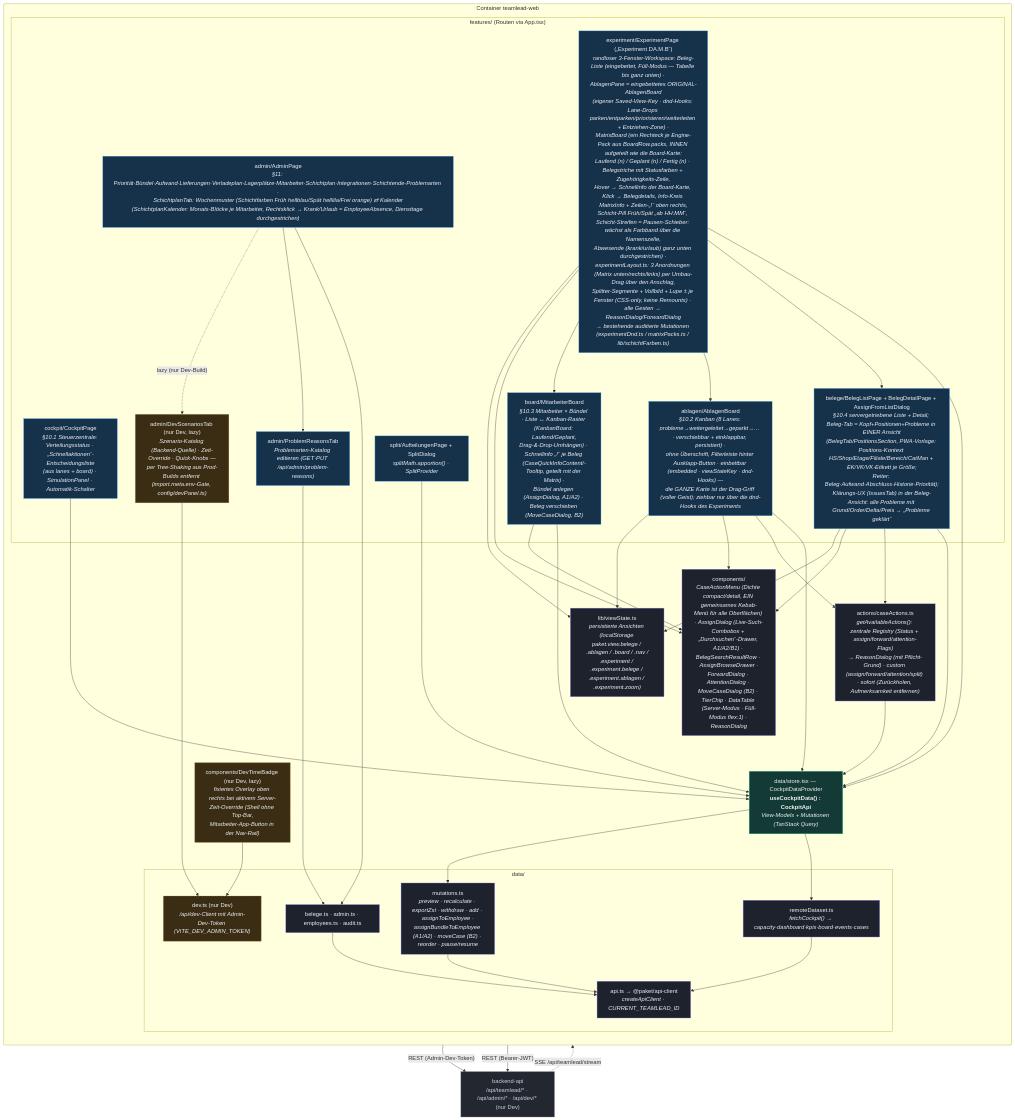
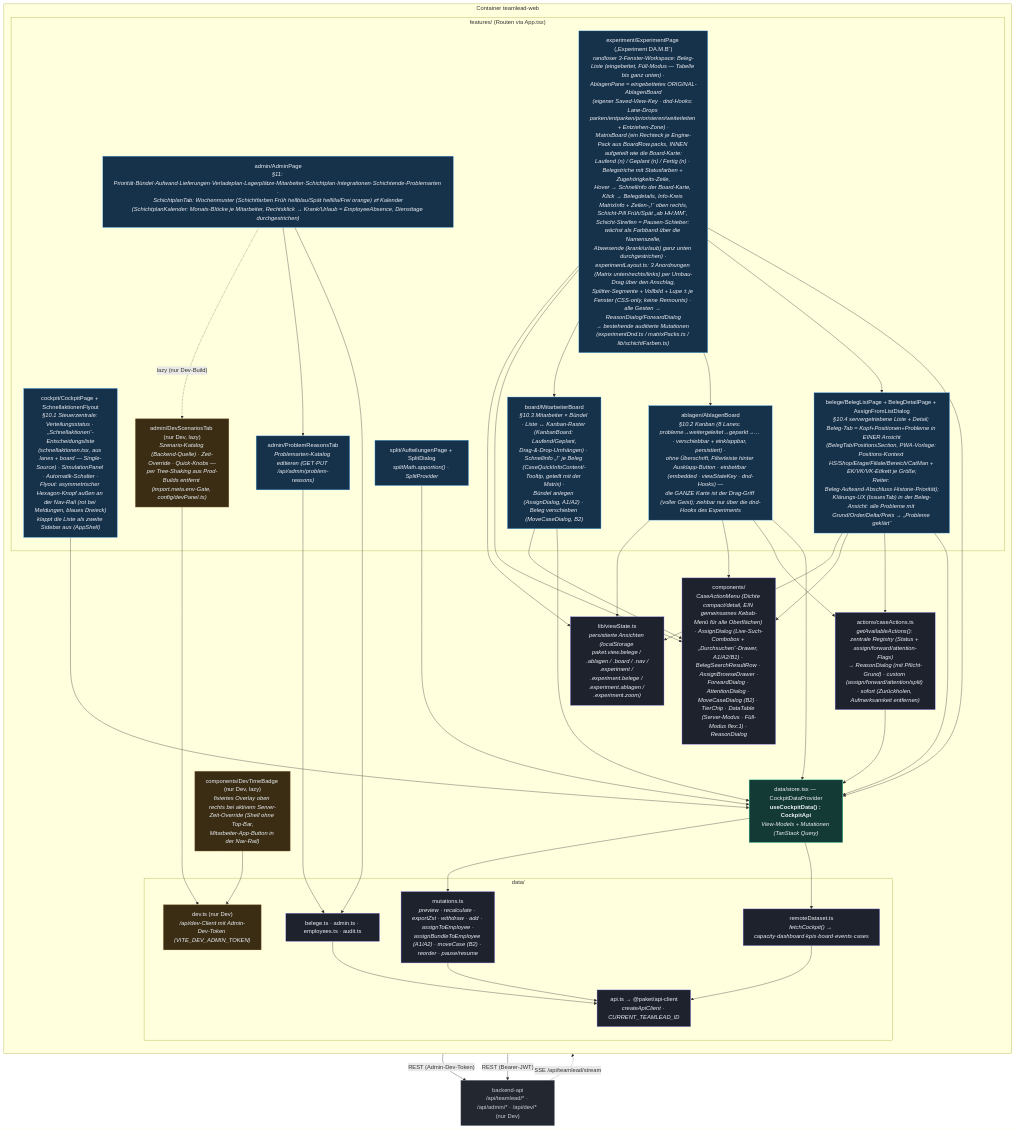
One commit to officialoniichat/paketdispov2 changed the diagram in docs/architecture/src/c3-teamlead-components.mmd. Above: the diagram before and after it, drawn with Mermaid. The commit also changed 6 other files, not shown here.

First line of the commit message:
feat(teamlead-web): Hexagon-Ausklapper an der Sidebar mit Schnellaktionen-Flyout

```diff
--- a/docs/architecture/src/c3-teamlead-components.mmd
+++ b/docs/architecture/src/c3-teamlead-components.mmd
@@ -1,71 +1,71 @@
 %% C4 Ebene 3 — Komponenten: teamlead-web (React + Vite + MUI, TanStack Query)
 %% Verifiziert gegen apps/teamlead-web/src/* (features/, data/, actions/, components/).
 flowchart TB
     classDef feat fill:#16314a,stroke:#56b6ff,color:#eef1f6;
     classDef store fill:#143a35,stroke:#2dd4a7,color:#eef1f6;
     classDef logic fill:#1d222c,stroke:#8b7cf6,color:#eef1f6;
     classDef ext fill:#23272f,stroke:#7c8696,color:#cbd2dd;
     classDef dev fill:#3a2d14,stroke:#e5b567,color:#eef1f6,stroke-dasharray:4 3;
 
     api["backend-api<br/>/api/teamlead/* · /api/admin/* · /api/dev/* (nur Dev)"]:::ext
 
     subgraph web["Container teamlead-web"]
         direction TB
         subgraph features["features/ (Routen via App.tsx)"]
-            cockpit["cockpit/CockpitPage<br/><i>§10.1 Steuerzentrale: Verteilungsstatus · „Schnellaktionen“-Entscheidungsliste<br/>(aus lanes + board) · SimulationPanel · Automatik-Schalter</i>"]:::feat
+            cockpit["cockpit/CockpitPage + SchnellaktionenFlyout<br/><i>§10.1 Steuerzentrale: Verteilungsstatus · „Schnellaktionen“-Entscheidungsliste<br/>(schnellaktionen.tsx, aus lanes + board — Single-Source) · SimulationPanel · Automatik-Schalter ·<br/>Flyout: asymmetrischer Hexagon-Knopf außen an der Nav-Rail (rot bei Meldungen, blaues Dreieck)<br/>klappt die Liste als zweite Sidebar aus (AppShell)</i>"]:::feat
             ablagen["ablagen/AblagenBoard<br/><i>§10.2 Kanban (8 Lanes: probleme→weitergeleitet→geparkt→… · verschiebbar + einklappbar, persistiert) ·<br/>ohne Überschrift, Filterleiste hinter Ausklapp-Button · einbettbar (embedded · viewStateKey · dnd-Hooks) —<br/>die GANZE Karte ist der Drag-Griff (voller Geist); ziehbar nur über die dnd-Hooks des Experiments</i>"]:::feat
             board["board/MitarbeiterBoard<br/><i>§10.3 Mitarbeiter × Bündel · Liste ↔ Kanban-Raster (KanbanBoard: Laufend/Geplant,<br/>Drag-&amp;-Drop-Umhängen) · Schnellinfo „!“ je Beleg (CaseQuickInfoContent/-Tooltip, geteilt mit der Matrix) ·<br/>Bündel anlegen (AssignDialog, A1/A2) · Beleg verschieben (MoveCaseDialog, B2)</i>"]:::feat
             belege["belege/BelegListPage + BelegDetailPage + AssignFromListDialog<br/><i>§10.4 servergetriebene Liste + Detail; Beleg-Tab = Kopf+Positionen+Probleme in EINER Ansicht<br/>(BelegTab/PositionsSection, PWA-Vorlage: Positions-Kontext HS/Shop/Etage/Filiale/Bereich/CatMan + EK/VK/VK-Etikett je Größe;<br/>Reiter: Beleg·Aufwand·Abschluss·Historie·Priorität);<br/>Klärungs-UX (IssuesTab) in der Beleg-Ansicht: alle Probleme mit Grund/Order/Delta/Preis → „Probleme geklärt“</i>"]:::feat
             split["split/AufteilungenPage + SplitDialog<br/><i>splitMath.apportion() · SplitProvider</i>"]:::feat
             admin["admin/AdminPage<br/><i>§11: Priorität·Bündel·Aufwand·Lieferungen·Verladeplan·Lagerplätze·Mitarbeiter·Schichtplan·Integrationen·Schichtende·Problemarten ·<br/>SchichtplanTab: Wochenmuster (Schichtfarben Früh hellblau/Spät helllila/Frei orange) ⇄ Kalender<br/>(SchichtplanKalender: Monats-Blöcke je Mitarbeiter, Rechtsklick → Krank/Urlaub = EmployeeAbsence, Diensttage durchgestrichen)</i>"]:::feat
             problemTab["admin/ProblemReasonsTab<br/><i>Problemarten-Katalog editieren (GET·PUT /api/admin/problem-reasons)</i>"]:::feat
             devtab["admin/DevScenariosTab (nur Dev, lazy)<br/><i>Szenario-Katalog (Backend-Quelle) · Zeit-Override · Quick-Knobs —<br/>per Tree-Shaking aus Prod-Builds entfernt (import.meta.env-Gate, config/devPanel.ts)</i>"]:::dev
             experiment["experiment/ExperimentPage („Experiment DA.M.B“)<br/><i>randloser 3-Fenster-Workspace: Beleg-Liste (eingebettet, Füll-Modus — Tabelle bis ganz unten) ·<br/>AblagenPane = eingebettetes ORIGINAL-AblagenBoard<br/>(eigener Saved-View-Key · dnd-Hooks: Lane-Drops parken/entparken/priorisieren/weiterleiten + Entziehen-Zone) ·<br/>MatrixBoard (ein Rechteck je Engine-Pack aus BoardRow.packs, INNEN aufgeteilt wie die Board-Karte:<br/>Laufend (n) / Geplant (n) / Fertig (n) · Belegstriche mit Statusfarben + Zugehörigkeits-Zeile,<br/>Hover → Schnellinfo der Board-Karte, Klick → Belegdetails, Info-Kreis MatrixInfo + Zeilen-„!“ oben rechts,<br/>Schicht-Pill Früh/Spät „ab HH:MM“, Schicht-Streifen = Pausen-Schieber: wächst als Farbband über die Namenszelle,<br/>Abwesende (krank/urlaub) ganz unten durchgestrichen) ·<br/>experimentLayout.ts: 3 Anordnungen (Matrix unten/rechts/links) per Umbau-Drag über den Anschlag,<br/>Splitter-Segmente + Vollbild + Lupe ± je Fenster (CSS-only, keine Remounts) · alle Gesten → ReasonDialog/ForwardDialog<br/>→ bestehende auditierte Mutationen (experimentDnd.ts / matrixPacks.ts / lib/schichtFarben.ts)</i>"]:::feat
         end
         devbadge["components/DevTimeBadge (nur Dev, lazy)<br/><i>fixiertes Overlay oben rechts bei aktivem Server-Zeit-Override (Shell ohne Top-Bar,<br/>Mitarbeiter-App-Button in der Nav-Rail)</i>"]:::dev
         store["data/store.tsx — CockpitDataProvider<br/><b>useCockpitData() : CockpitApi</b><br/><i>View-Models + Mutationen (TanStack Query)</i>"]:::store
         subgraph datal["data/"]
             remote["remoteDataset.ts<br/><i>fetchCockpit() → capacity·dashboard·kpis·board·events·cases</i>"]:::logic
             belegeData["belege.ts · admin.ts · employees.ts · audit.ts"]:::logic
             devData["dev.ts (nur Dev)<br/><i>/api/dev-Client mit Admin-Dev-Token (VITE_DEV_ADMIN_TOKEN)</i>"]:::dev
             mutations["mutations.ts<br/><i>preview · recalculate · exportZst · withdraw · add · assignToEmployee ·<br/>assignBundleToEmployee (A1/A2) · moveCase (B2) · reorder · pause/resume</i>"]:::logic
             apiClient["api.ts → @paket/api-client<br/><i>createApiClient · CURRENT_TEAMLEAD_ID</i>"]:::logic
         end
         actions["actions/caseActions.ts<br/><i>getAvailableActions(): zentrale Registry (Status + assign/forward/attention-Flags)<br/>→ ReasonDialog (mit Pflicht-Grund) · custom (assign/forward/attention/split) · sofort (Zurückholen, Aufmerksamkeit entfernen)</i>"]:::logic
         shared["components/<br/><i>CaseActionMenu (Dichte compact/detail, EIN gemeinsames Kebab-Menü für alle Oberflächen) · AssignDialog (Live-Such-Combobox + „Durchsuchen“-Drawer, A1/A2/B1) · BelegSearchResultRow · AssignBrowseDrawer ·<br/>ForwardDialog · AttentionDialog · MoveCaseDialog (B2) · TierChip · DataTable (Server-Modus · Füll-Modus flex:1) · ReasonDialog</i>"]:::logic
         viewState["lib/viewState.ts<br/><i>persistierte Ansichten (localStorage paket.view.belege / .ablagen / .board / .nav /<br/>.experiment / .experiment.belege / .experiment.ablagen / .experiment.zoom)</i>"]:::logic
     end
 
     cockpit --> store
     ablagen --> store
     board --> store
     belege --> store
     split --> store
     admin --> belegeData
     admin --> problemTab
     problemTab --> belegeData
     admin -. "lazy (nur Dev-Build)" .-> devtab
     devtab --> devData
     devbadge --> devData
     devData -->|"REST (Admin-Dev-Token)"| api
     ablagen --> actions
     belege --> actions
     actions --> store
     board --> shared
     ablagen --> shared
     belege --> shared
     experiment --> store
     experiment --> belege
     experiment --> ablagen
     experiment --> board
     experiment --> shared
     experiment --> viewState
     ablagen --> viewState
     belege --> viewState
     store --> remote
     store --> mutations
     remote --> apiClient
     mutations --> apiClient
     belegeData --> apiClient
     apiClient -->|"REST (Bearer-JWT)"| api
     api -. "SSE /api/teamlead/stream" .-> store
```
